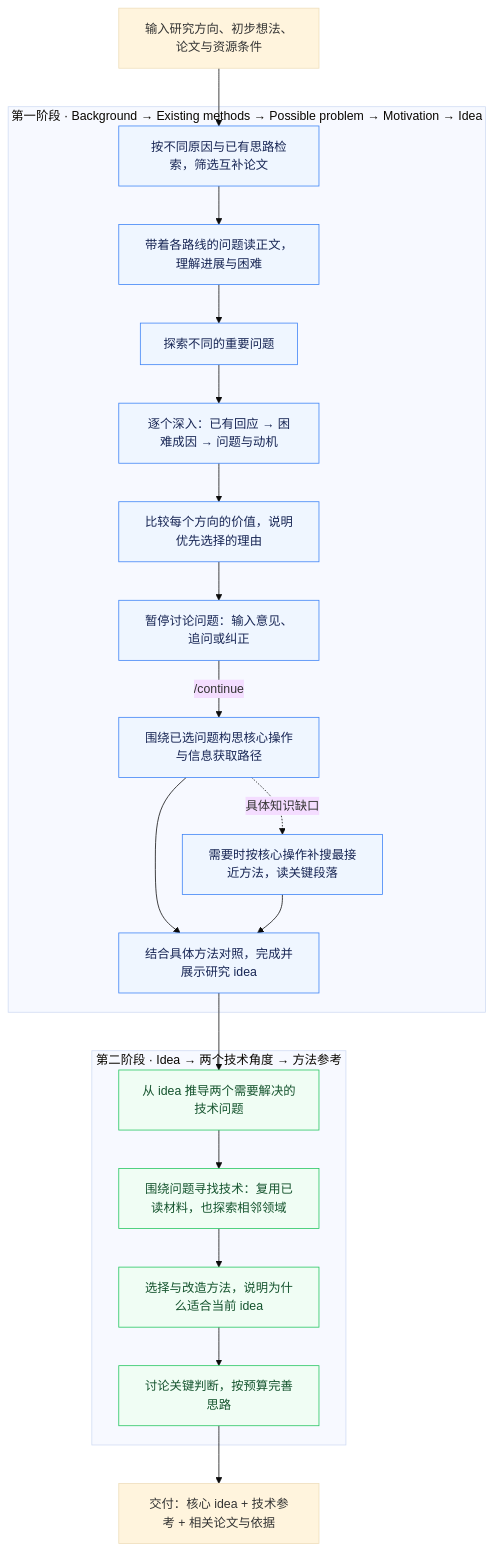
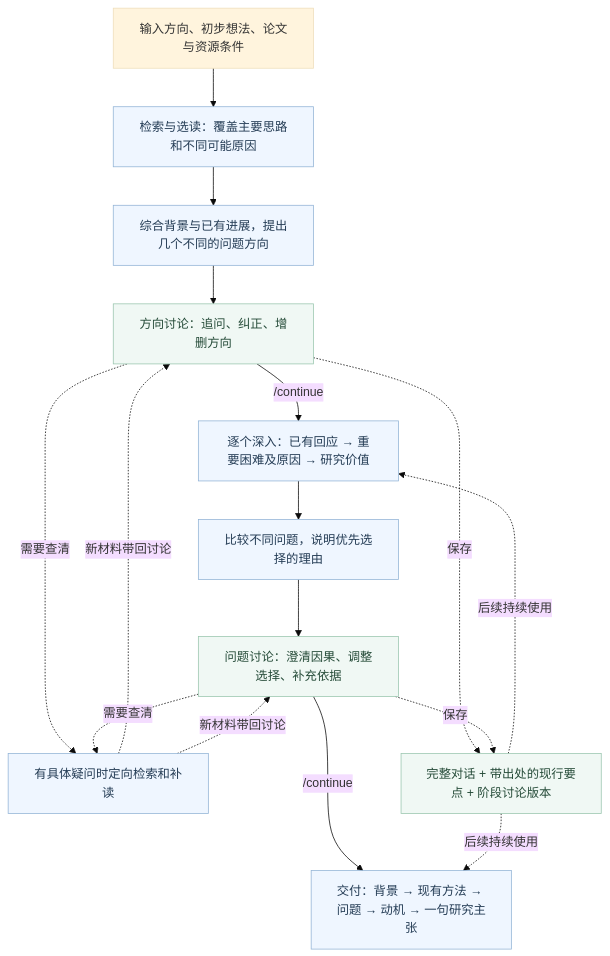
Before and after one commit to ghh1125/Research-idea: the diagram in README.md, drawn with Mermaid (base theme). The commit also changed other lines of this file and 34 other files, not shown here.

````diff
--- a/README.md
+++ b/README.md
@@ -39,35 +27,29 @@
 ```mermaid
 flowchart TD
-    U["输入研究方向、初步想法、论文与资源条件"]
-    subgraph S1["第一阶段 · Background → Existing methods → Possible problem → Motivation → Idea"]
-        A["按不同原因与已有思路检索，筛选互补论文"]
-        B["带着各路线的问题读正文，理解进展与困难"]
-        C["探索不同的重要问题"]
-        C1["逐个深入：已有回应 → 困难成因 → 问题与动机"]
-        C2["比较每个方向的价值，说明优先选择的理由"]
-        D["围绕已选问题构思核心操作与信息获取路径"]
-        N["需要时按核心操作补搜最接近方法，读关键段落"]
-        P["暂停讨论问题：输入意见、追问或纠正"]
-        A --> B --> C --> C1 --> C2 --> P
-        P -->|/continue| D
-        D -.具体知识缺口.-> N
-        I["结合具体方法对照，完成并展示研究 idea"]
-        D --> I
-        N --> I
-    end
-    subgraph S2["第二阶段 · Idea → 两个技术角度 → 方法参考"]
-        E["从 idea 推导两个需要解决的技术问题"]
-        F["围绕问题寻找技术：复用已读材料，也探索相邻领域"]
-        G["选择与改造方法，说明为什么适合当前 idea"]
-        H["讨论关键判断，按预算完善思路"]
-        E --> F --> G --> H
-    end
-    O["交付：核心 idea + 技术参考 + 相关论文与依据"]
-    U --> A
-    I --> E
-    H --> O
-    classDef concept fill:#eff6ff,stroke:#3b82f6,color:#172554
-    classDef design fill:#f0fdf4,stroke:#22c55e,color:#14532d
-    class A,B,C,C1,C2,P,D,N,I concept
-    class E,F,G,H design
+    U["输入方向、初步想法、论文与资源条件"]
+    A["检索与选读：覆盖主要思路和不同可能原因"]
+    B["综合背景与已有进展，提出几个不同的问题方向"]
+    D["方向讨论：追问、纠正、增删方向"]
+    C["逐个深入：已有回应 → 重要困难及原因 → 研究价值"]
+    E["比较不同问题，说明优先选择的理由"]
+    P["问题讨论：澄清因果、调整选择、补充依据"]
+    R["有具体疑问时定向检索和补读"]
+    O["交付：背景 → 现有方法 → 问题 → 动机 → 一句研究主张"]
+    M["完整对话 + 带出处的现行要点 + 阶段讨论版本"]
+    U --> A --> B --> D
+    D -->|/continue| C
+    C --> E --> P
+    P -->|/continue| O
+    D -.需要查清.-> R
+    P -.需要查清.-> R
+    R -.新材料带回讨论.-> D
+    R -.新材料带回讨论.-> P
+    D -.保存.-> M
+    P -.保存.-> M
+    M -.后续持续使用.-> C
+    M -.后续持续使用.-> O
+    classDef work fill:#eff6ff,stroke:#93b4d6,color:#243c55
+    classDef discuss fill:#f0f8f4,stroke:#9ac6af,color:#254b38
+    class A,B,C,E,R,O work
+    class D,P,M discuss
 ```
````
